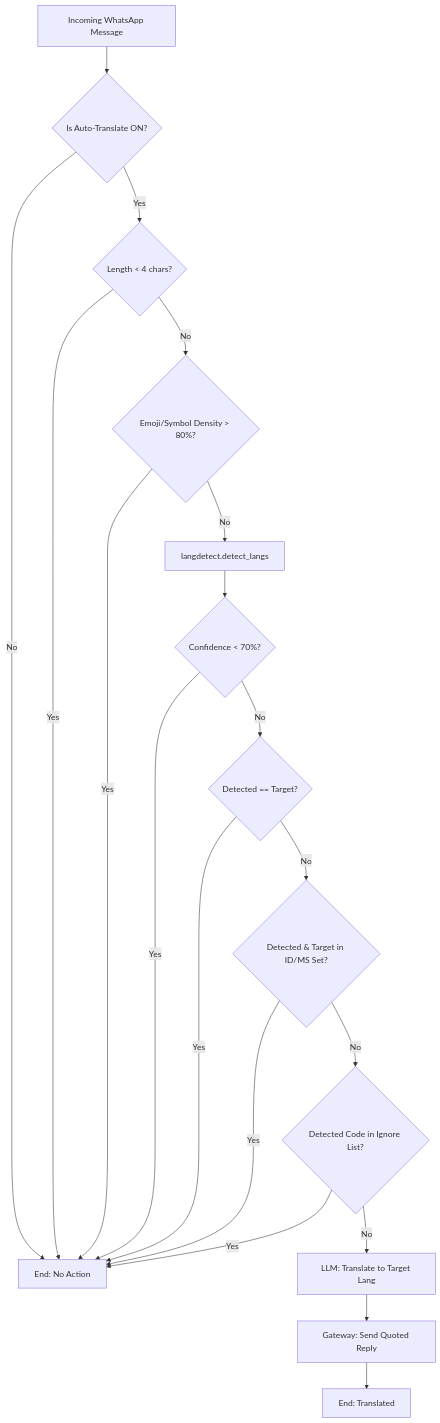
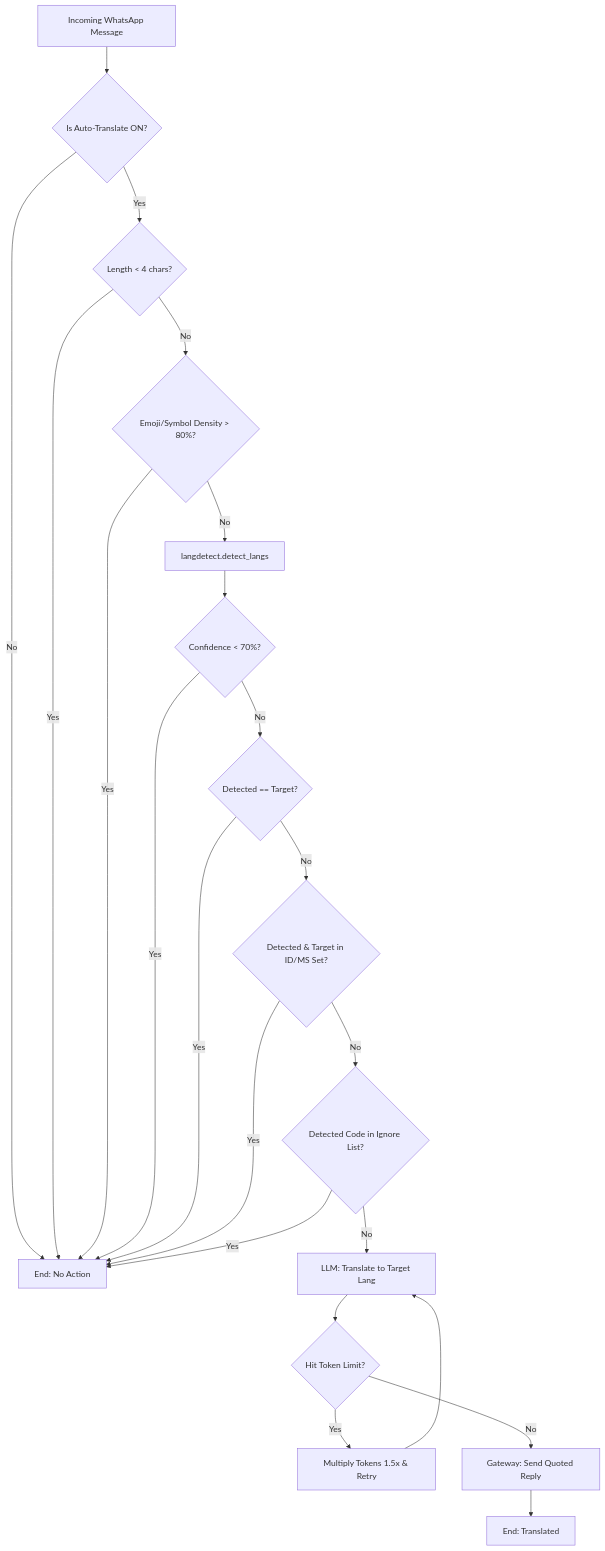
Before and after one commit to cripperzprodigy/whatsapp-casual-bot: the diagram in ai-chat/translation_architecture.md, drawn with Mermaid. The commit also changed other lines of this file and 2 other files, not shown here.

Commit message:
docs: update ai-chat documentation comprehensively for token limit retry logic

````diff
--- a/ai-chat/translation_architecture.md
+++ b/ai-chat/translation_architecture.md
@@ -61,28 +62,31 @@
 ```mermaid
 flowchart TD
     A[Incoming WhatsApp Message] --> B{Is Auto-Translate ON?}
     B -- No --> Z[End: No Action]
     B -- Yes --> C{Length < 4 chars?}
 
     C -- Yes --> Z
     C -- No --> D{Emoji/Symbol Density > 80%?}
 
     D -- Yes --> Z
     D -- No --> E[langdetect.detect_langs]
 
     E --> F{Confidence < 70%?}
     F -- Yes --> Z
     F -- No --> G{Detected == Target?}
 
     G -- Yes --> Z
     G -- No --> H{Detected & Target in ID/MS Set?}
 
     H -- Yes --> Z
     H -- No --> I{Detected Code in Ignore List?}
 
     I -- Yes --> Z
     I -- No --> J[LLM: Translate to Target Lang]
 
-    J --> K[Gateway: Send Quoted Reply]
-    K --> Y[End: Translated]
+    J --> K{Hit Token Limit?}
+    K -- Yes --> L[Multiply Tokens 1.5x & Retry]
+    L --> J
+    K -- No --> M[Gateway: Send Quoted Reply]
+    M --> Y[End: Translated]
 ```
````
